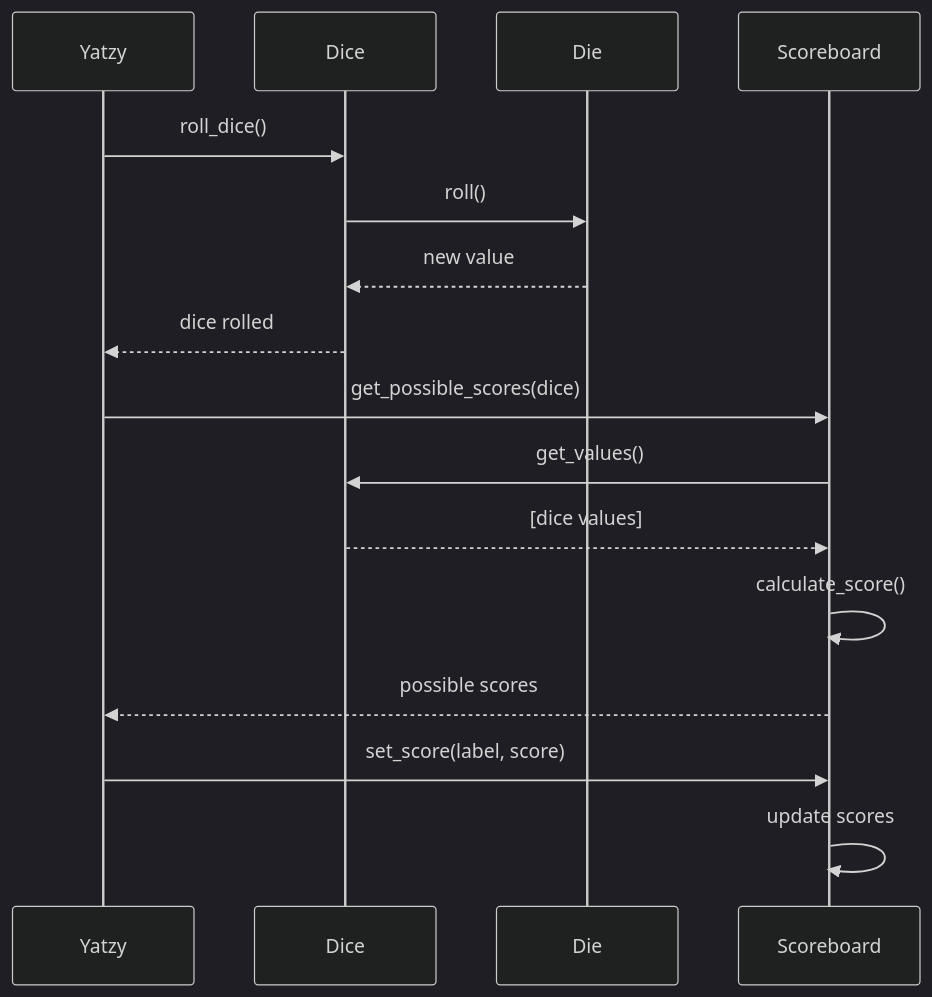
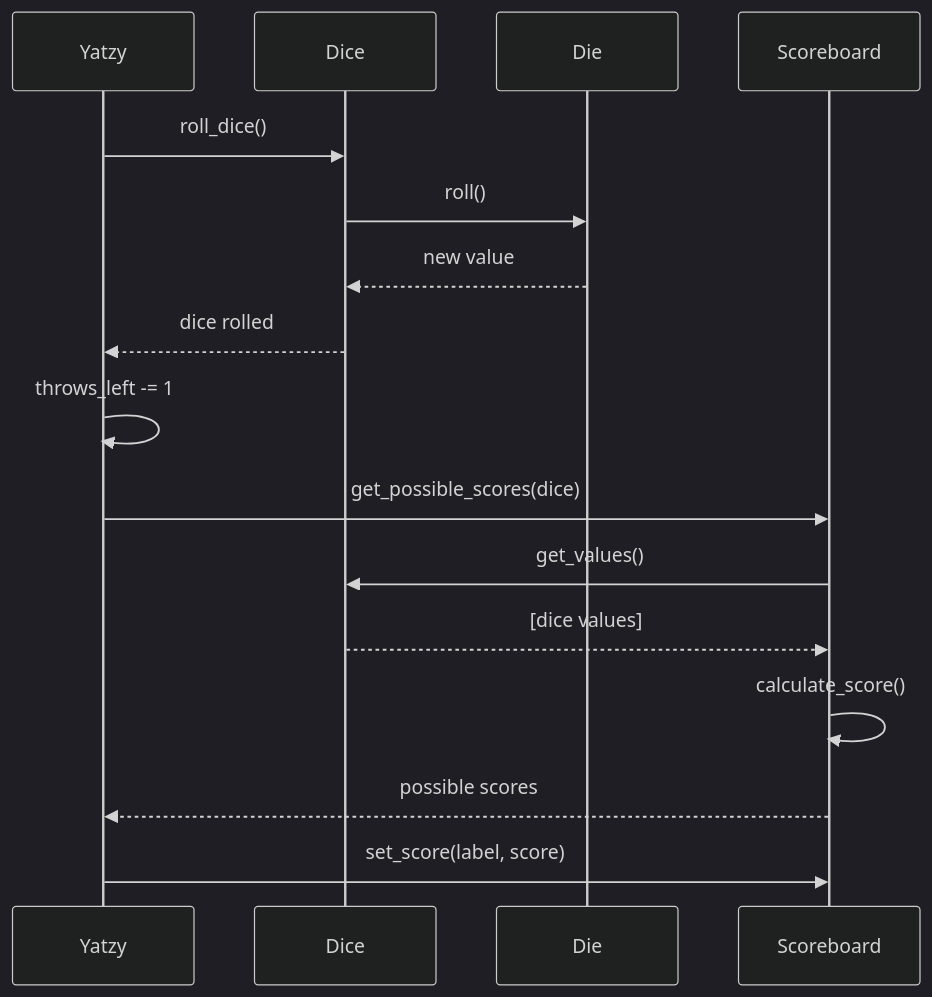
The fourth of 4 diagrams in dokumentaatio/arkkitehtuuri.md (latoma/OhTe-harjoitustyo), drawn with Mermaid (dark theme) before and after one commit. The commit also changed other lines of this file and 2 other files, not shown here.

````diff
--- a/dokumentaatio/arkkitehtuuri.md
+++ b/dokumentaatio/arkkitehtuuri.md
@@ -134,22 +154,21 @@
 ```mermaid
 sequenceDiagram
     participant Y as Yatzy
     participant D as Dice
     participant Die as Die
     participant S as Scoreboard
 
     Y->>D: roll_dice()
     D->>Die: roll()
     Die-->>D: new value
     D-->>Y: dice rolled
+    Y->>Y: throws_left -= 1
 
     Y->>S: get_possible_scores(dice)
     S->>D: get_values()
     D-->>S: [dice values]
     S->>S: calculate_score()
     S-->>Y: possible scores
 
-    Y->>S: set_score(label, score)
-    S->>S: update scores
-
+    Y ->> S: set_score(label, score)
 ```
````
